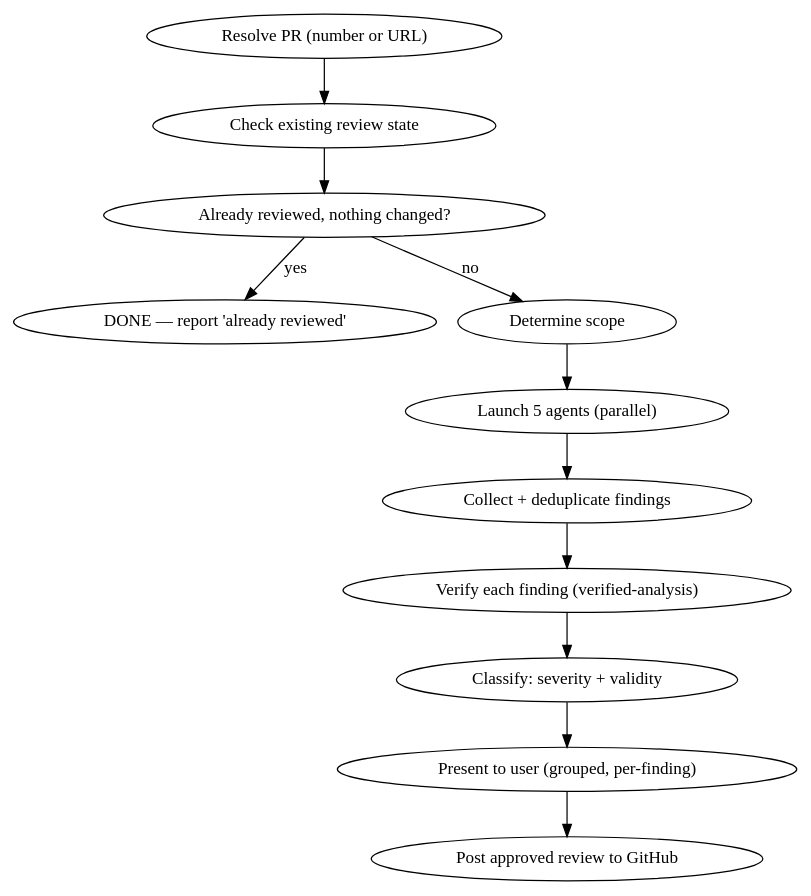
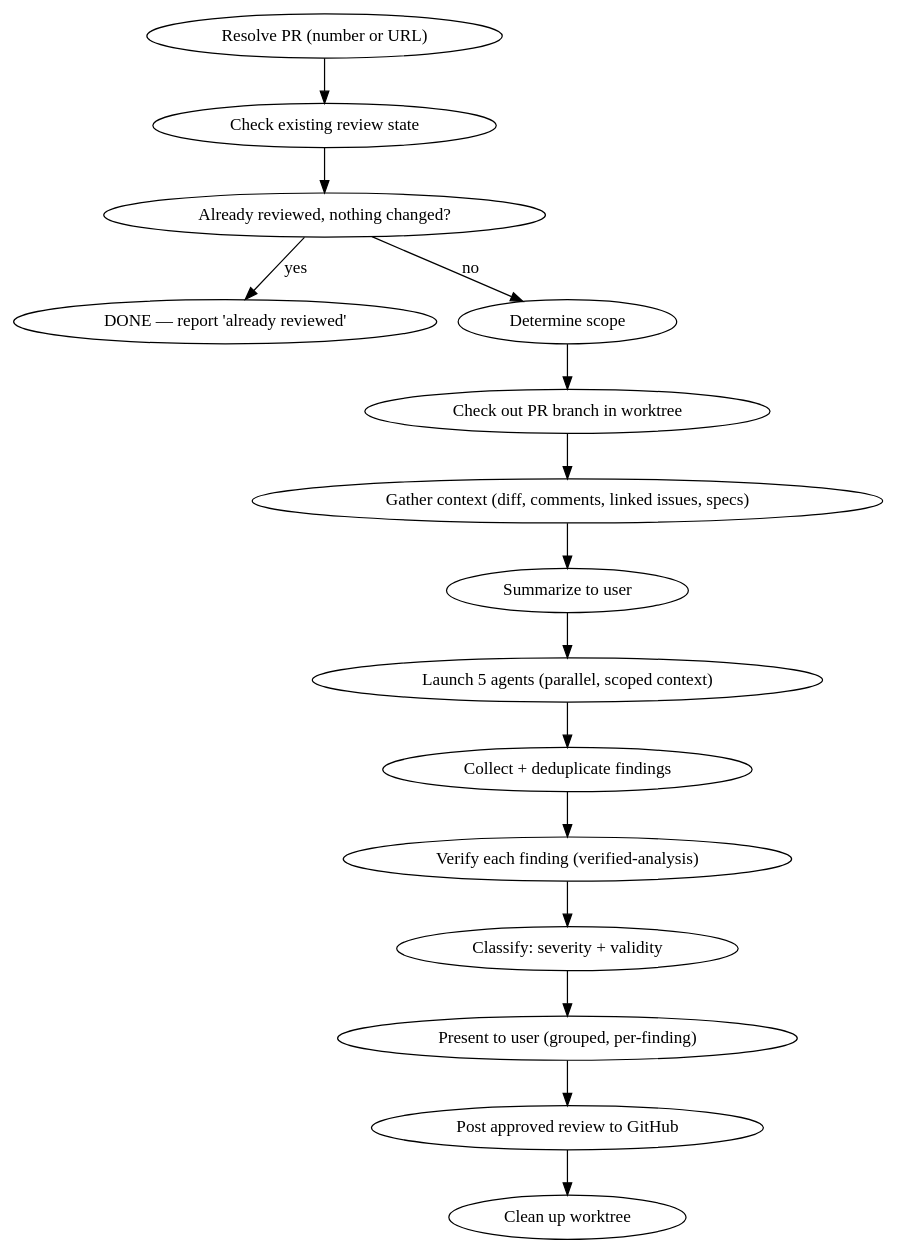
Before and after one commit to srackley/claude-setup: the diagram in skills/reviewing-prs/SKILL.md, drawn with Graphviz. The commit also changed other lines of this file and 1 other file, not shown here.

First line of the commit message:
feat(skills): reviewing-prs context-gather + worktree step; creating-pr issue update fixes

````diff
--- a/skills/reviewing-prs/SKILL.md
+++ b/skills/reviewing-prs/SKILL.md
@@ -22,15 +22,19 @@
 ```dot
 digraph reviewing_prs {
     rankdir=TB;
     "Resolve PR (number or URL)" -> "Check existing review state";
     "Check existing review state" -> "Already reviewed, nothing changed?" [shape=diamond];
     "Already reviewed, nothing changed?" -> "DONE — report 'already reviewed'" [label="yes"];
     "Already reviewed, nothing changed?" -> "Determine scope" [label="no"];
-    "Determine scope" -> "Launch 5 agents (parallel)";
-    "Launch 5 agents (parallel)" -> "Collect + deduplicate findings";
+    "Determine scope" -> "Check out PR branch in worktree";
+    "Check out PR branch in worktree" -> "Gather context (diff, comments, linked issues, specs)";
+    "Gather context (diff, comments, linked issues, specs)" -> "Summarize to user";
+    "Summarize to user" -> "Launch 5 agents (parallel, scoped context)";
+    "Launch 5 agents (parallel, scoped context)" -> "Collect + deduplicate findings";
     "Collect + deduplicate findings" -> "Verify each finding (verified-analysis)";
     "Verify each finding (verified-analysis)" -> "Classify: severity + validity";
     "Classify: severity + validity" -> "Present to user (grouped, per-finding)";
     "Present to user (grouped, per-finding)" -> "Post approved review to GitHub";
+    "Post approved review to GitHub" -> "Clean up worktree";
 }
 ```
````
